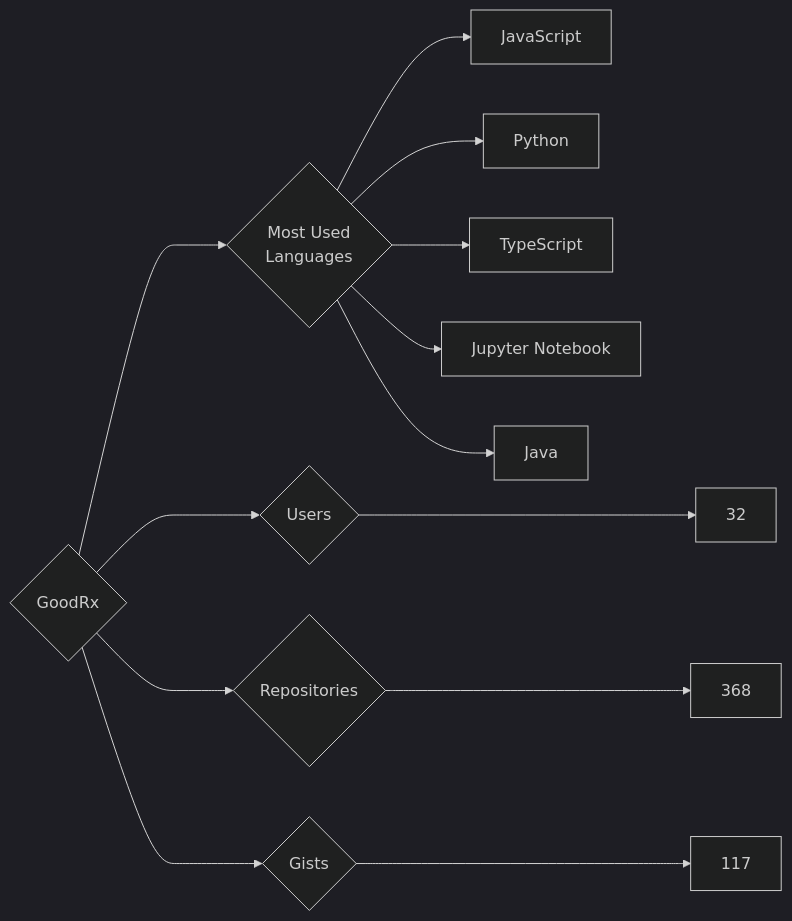
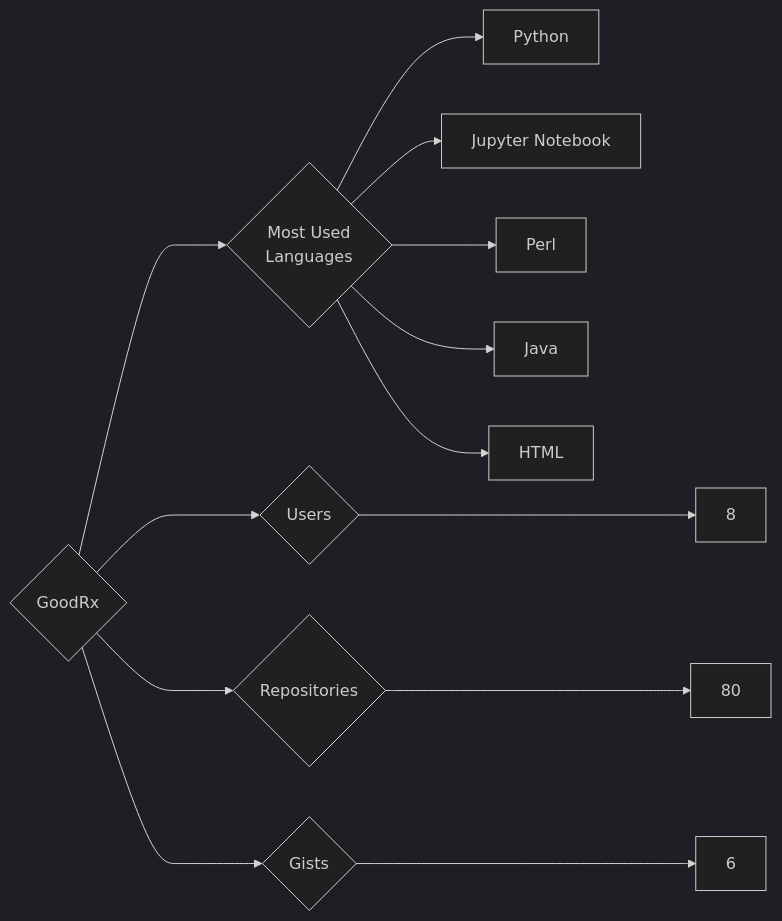
Before and after one commit to trickest/insiders: the diagram in targets/GoodRx/README.md, drawn with Mermaid (dark theme). The commit also changed 934 other files, not shown here.

````diff
--- a/targets/GoodRx/README.md
+++ b/targets/GoodRx/README.md
@@ -3,13 +3,13 @@
 ```mermaid
 graph LR
 COMPANY_NAME{GoodRx}
-COMPANY_NAME ---> U{Users} ---> UN[32]
-COMPANY_NAME ---> R{Repositories} ---> RN[368]
-COMPANY_NAME ---> G{Gists} ---> GN[117]
+COMPANY_NAME ---> U{Users} ---> UN[8]
+COMPANY_NAME ---> R{Repositories} ---> RN[80]
+COMPANY_NAME ---> G{Gists} ---> GN[6]
 COMPANY_NAME ---> ML{Most Used<br>Languages}
-ML --> JavaScript[JavaScript]
 ML --> Python[Python]
-ML --> TypeScript[TypeScript]
 ML --> Jupyter_Notebook[Jupyter Notebook]
+ML --> Perl[Perl]
 ML --> Java[Java]
+ML --> HTML[HTML]
 ```
````
